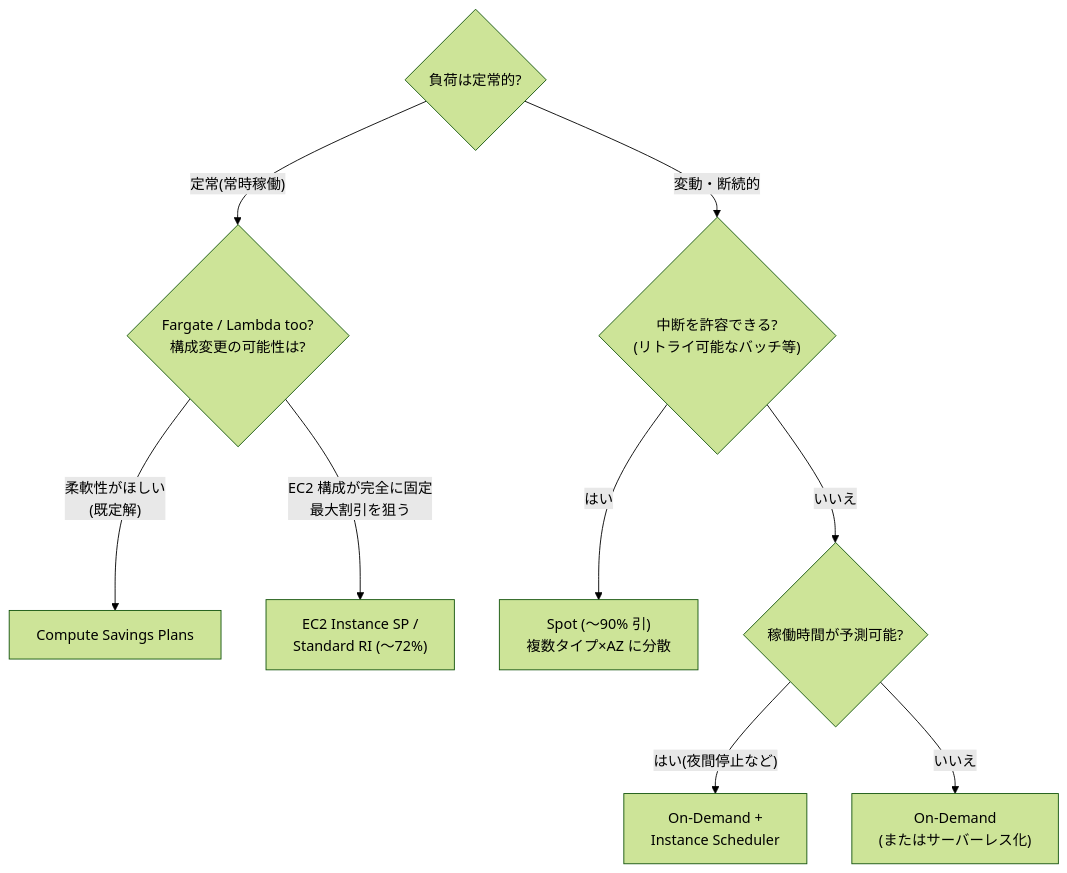
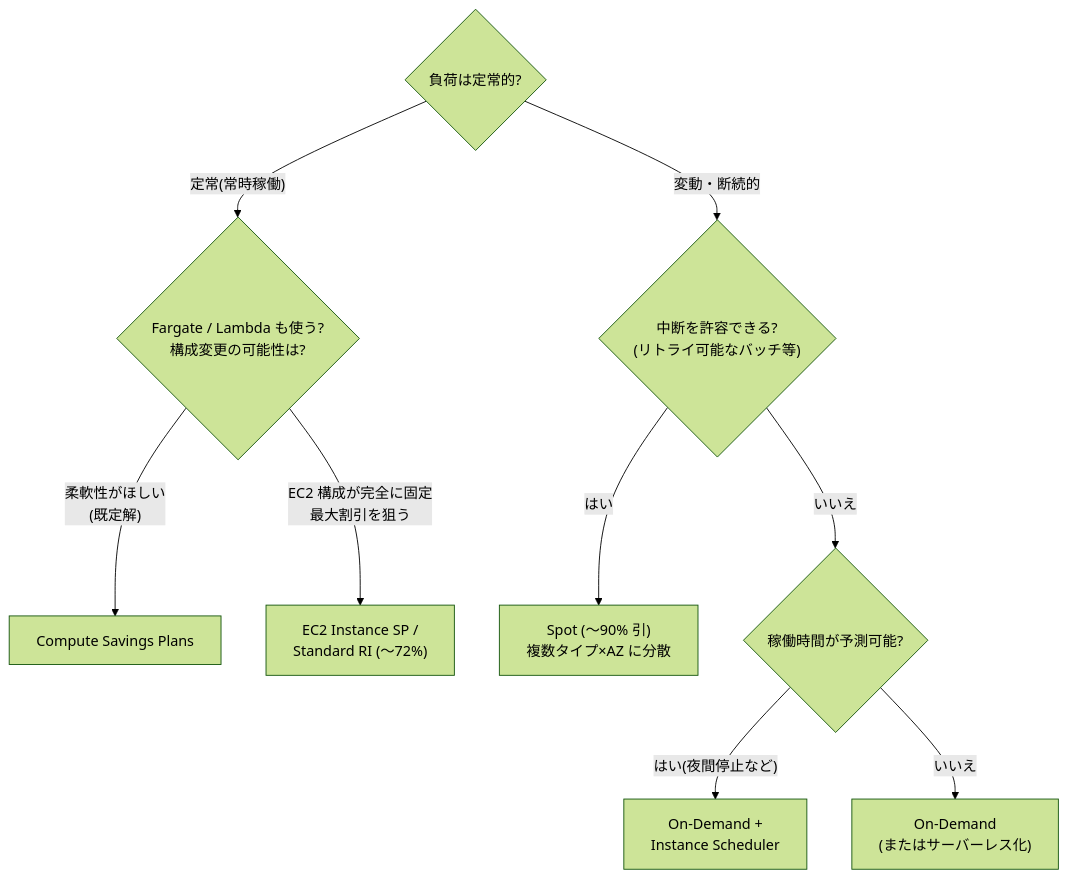
Before and after one commit to tono55/aws-sap: the first of 2 diagrams in 02-new-solutions/2-6-cost-optimization.md, drawn with Mermaid (forest theme). The commit also changed other lines of this file and 28 other files, not shown here.

````diff
--- a/02-new-solutions/2-6-cost-optimization.md
+++ b/02-new-solutions/2-6-cost-optimization.md
@@ -33,12 +35,12 @@
 ```mermaid
 flowchart TD
     Q1{"負荷は定常的?"}
-    Q1 -->|"定常(常時稼働)"| Q2{"Fargate / Lambda too?<br>構成変更の可能性は?"}
+    Q1 -->|"定常(常時稼働)"| Q2{"Fargate / Lambda も使う?<br>構成変更の可能性は?"}
     Q2 -->|"柔軟性がほしい<br>(既定解)"| CSP["Compute Savings Plans"]
     Q2 -->|"EC2 構成が完全に固定<br>最大割引を狙う"| RI["EC2 Instance SP /<br>Standard RI (〜72%)"]
     Q1 -->|"変動・断続的"| Q3{"中断を許容できる?<br>(リトライ可能なバッチ等)"}
     Q3 -->|はい| SPOT["Spot (〜90% 引)<br>複数タイプ×AZ に分散"]
     Q3 -->|いいえ| Q4{"稼働時間が予測可能?"}
     Q4 -->|"はい(夜間停止など)"| SCHED["On-Demand +<br>Instance Scheduler"]
     Q4 -->|いいえ| OD["On-Demand<br>(またはサーバーレス化)"]
 ```
````
